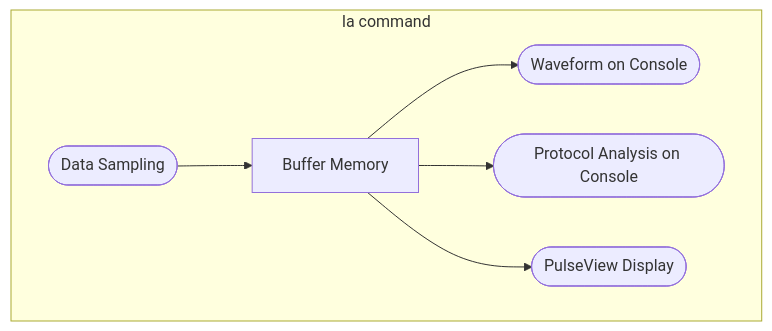
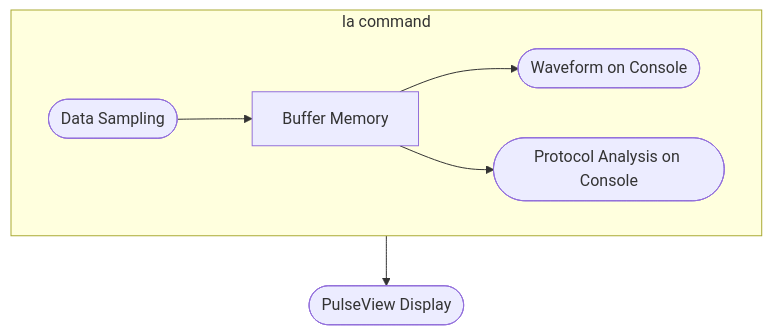
Before and after one commit to ypsitau/pico-jxglib: the diagram in docs/shell/logic-analyzer/index.md, drawn with Mermaid. The commit also changed other lines of this file and 6 other files, not shown here.

````diff
--- a/docs/shell/logic-analyzer/index.md
+++ b/docs/shell/logic-analyzer/index.md
@@ -7,11 +13,11 @@
 ```mermaid
 flowchart
     direction LR
     subgraph la[la command]
         direction LR
         data-sampling([Data Sampling]) --> memory[Buffer Memory]
         memory --> textmode([Waveform on Console])
         memory --> analysis([Protocol Analysis on Console])
-        memory --> pulseview([PulseView Display])
     end
+    memory --> pulseview([PulseView Display])
 ```
````
